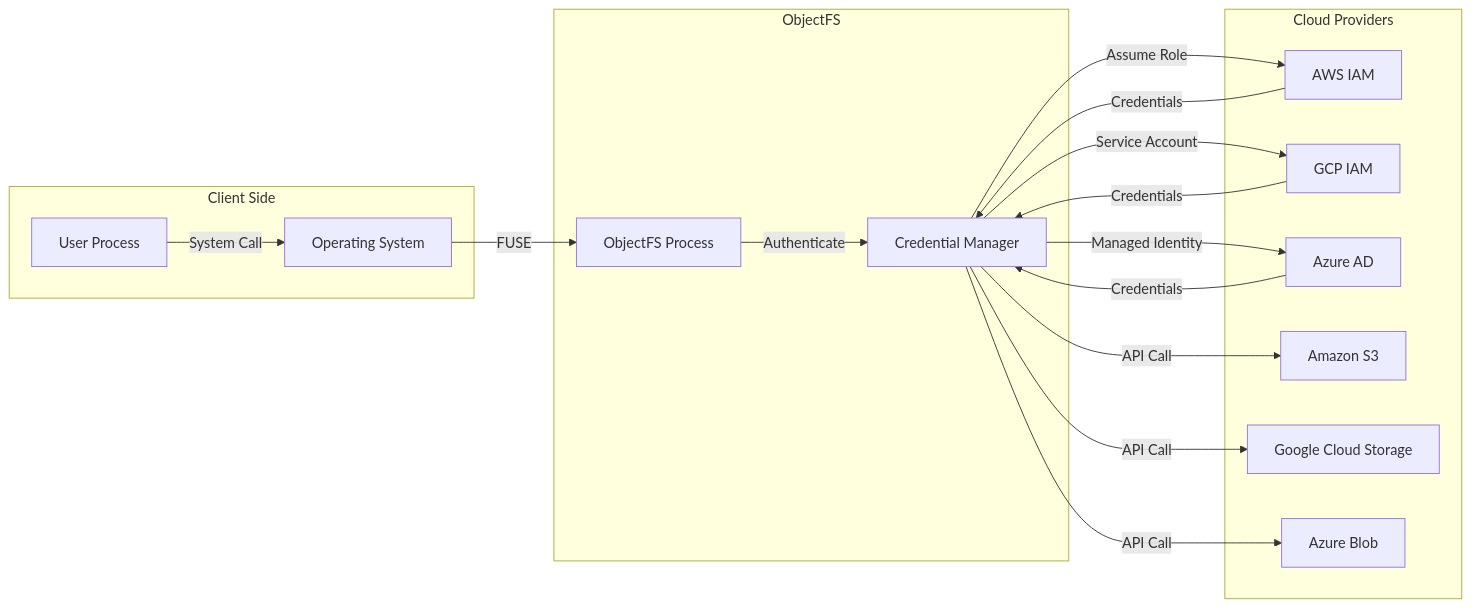
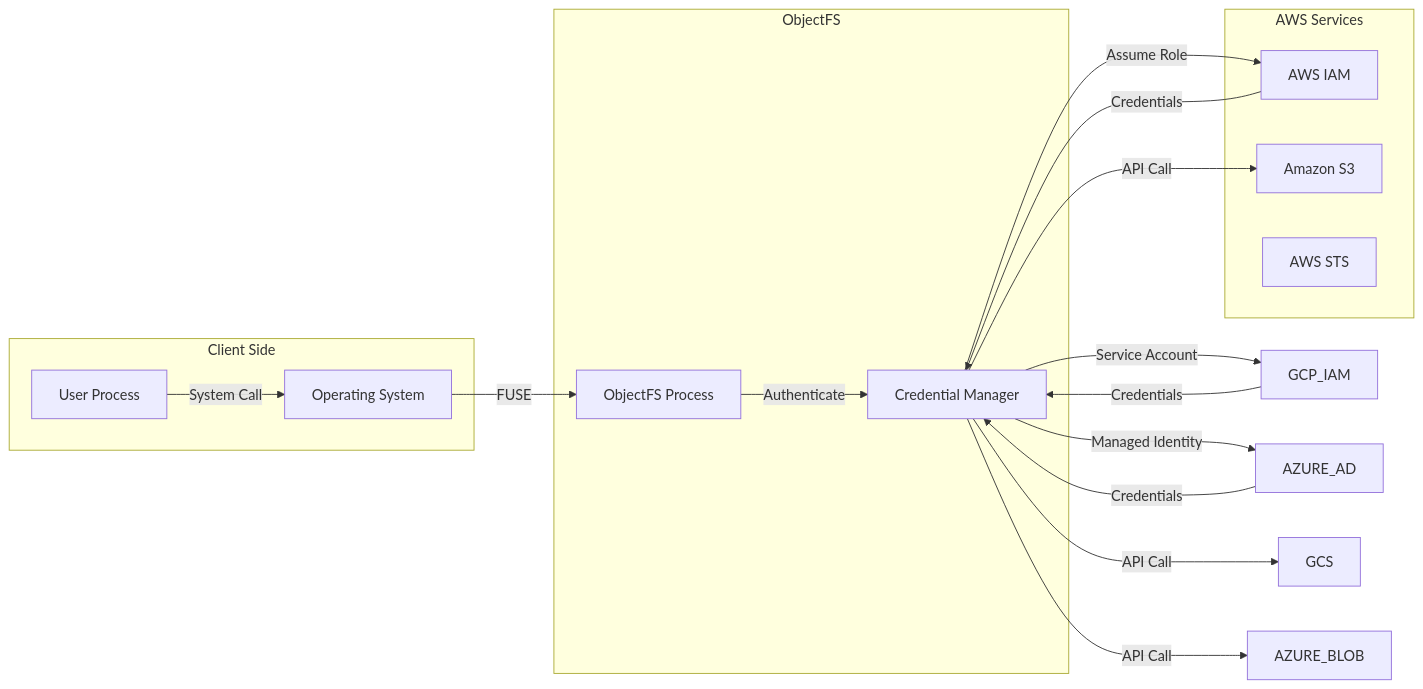
Before and after one commit to scttfrdmn/objectfs: the fourth of 4 diagrams in OBJECTFS.md, drawn with Mermaid. The commit also changed other lines of this file and 12 other files, not shown here.

First line of the commit message:
refactor: Remove all non-AWS cloud provider references for S3-only focus

````diff
--- a/OBJECTFS.md
+++ b/OBJECTFS.md
@@ -338,34 +332,31 @@
 ```mermaid
 graph LR
     subgraph "Client Side"
         U[User Process]
         OS[Operating System]
     end
-    
+
     subgraph "ObjectFS"
         A[ObjectFS Process]
         C[Credential Manager]
     end
-    
-    subgraph "Cloud Providers"
+
+    subgraph "AWS Services"
         AWS_IAM[AWS IAM]
-        GCP_IAM[GCP IAM]
-        AZURE_AD[Azure AD]
         AWS_S3[Amazon S3]
-        GCS[Google Cloud Storage]
-        AZURE_BLOB[Azure Blob]
+        AWS_STS[AWS STS]
     end
-    
+
     U -->|System Call| OS
     OS -->|FUSE| A
     A -->|Authenticate| C
     C -->|Assume Role| AWS_IAM
     C -->|Service Account| GCP_IAM  
     C -->|Managed Identity| AZURE_AD
     AWS_IAM -->|Credentials| C
     GCP_IAM -->|Credentials| C
     AZURE_AD -->|Credentials| C
     C -->|API Call| AWS_S3
     C -->|API Call| GCS
     C -->|API Call| AZURE_BLOB
 ```
````
